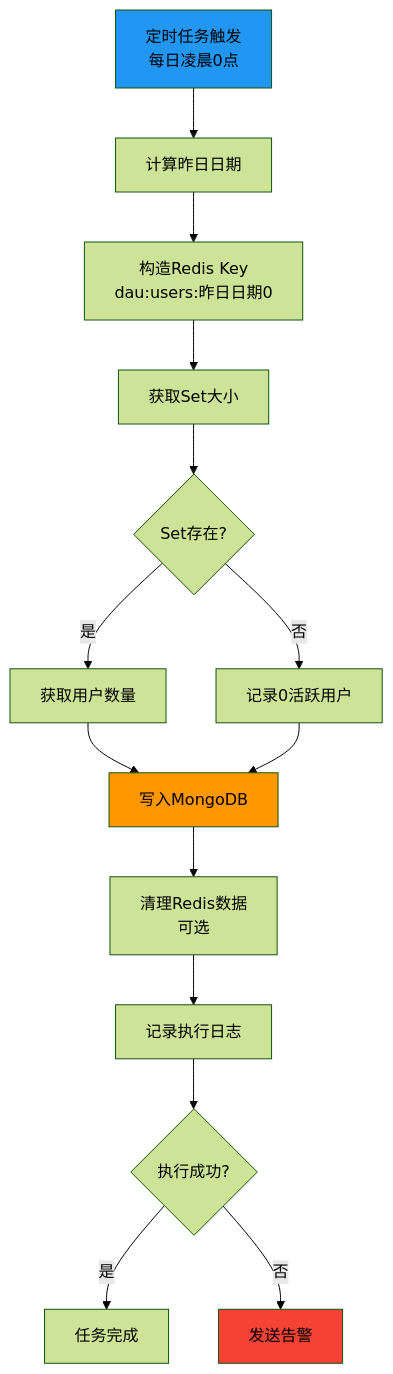
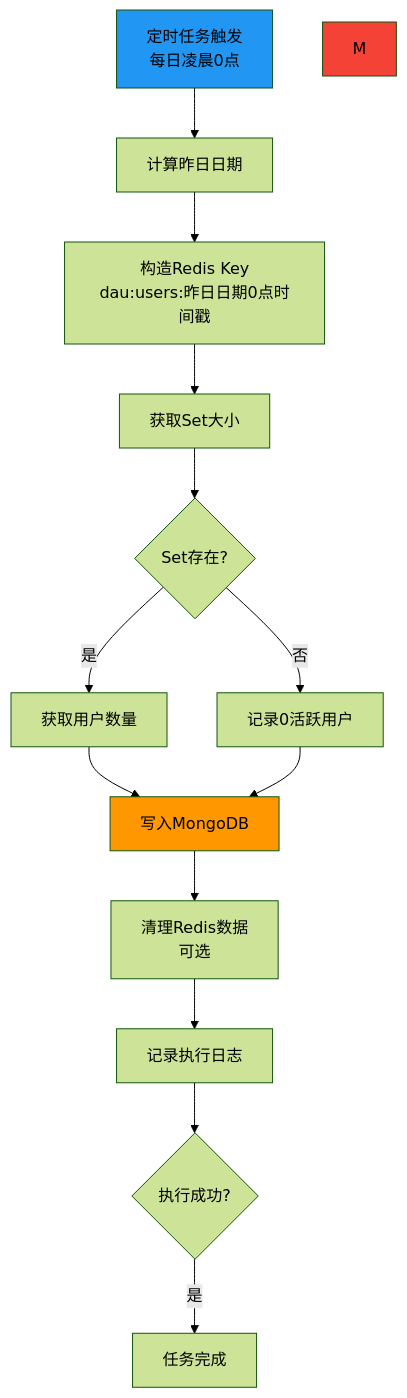
One commit to yingjianzh/iodraw-files changed the diagram in all/未命名-77.md. Above: the diagram before and after it, drawn with Mermaid (forest theme).

Commit message:
2025-07-08 14:02:05 update

````diff
--- a/all/未命名-77.md
+++ b/all/未命名-77.md
@@ -1,20 +1,20 @@
 ```mermaid
 flowchart TD
     A[定时任务触发<br/>每日凌晨0点] --> B[计算昨日日期]
-    B --> C[构造Redis Key<br/>dau:users:昨日日期0]
+    B --> C[构造Redis Key<br/>dau:users:昨日日期0点时间戳]
     C --> D[获取Set大小]
     D --> E{Set存在?}
     E -->|否| F[记录0活跃用户]
     E -->|是| G[获取用户数量]
     G --> H[写入MongoDB]
     F --> H
     H --> I[清理Redis数据<br/>可选]
     I --> J[记录执行日志]
     J --> K{执行成功?}
     K -->|是| L[任务完成]
-    K -->|否| M[发送告警]
+   
     
     style A fill:#2196f3
     style H fill:#ff9800
     style M fill:#f44336
 ```
````
